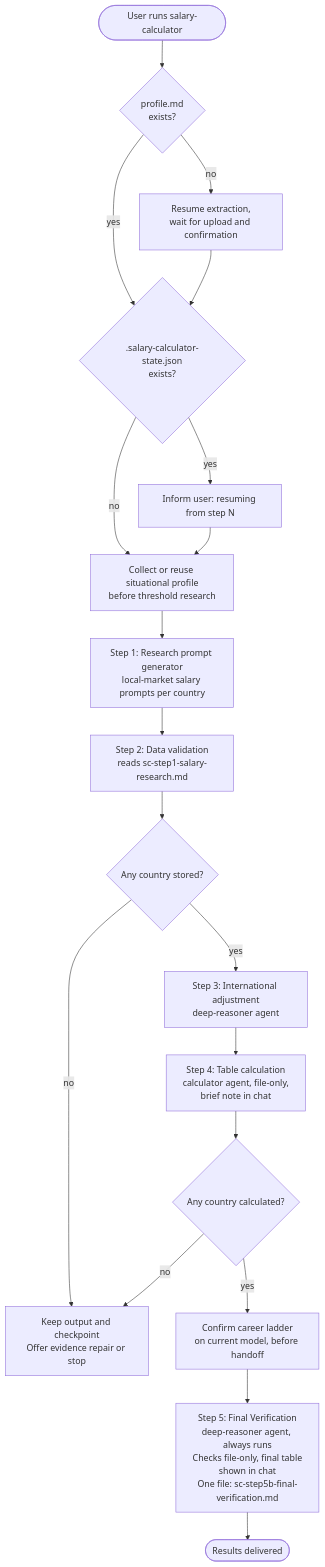
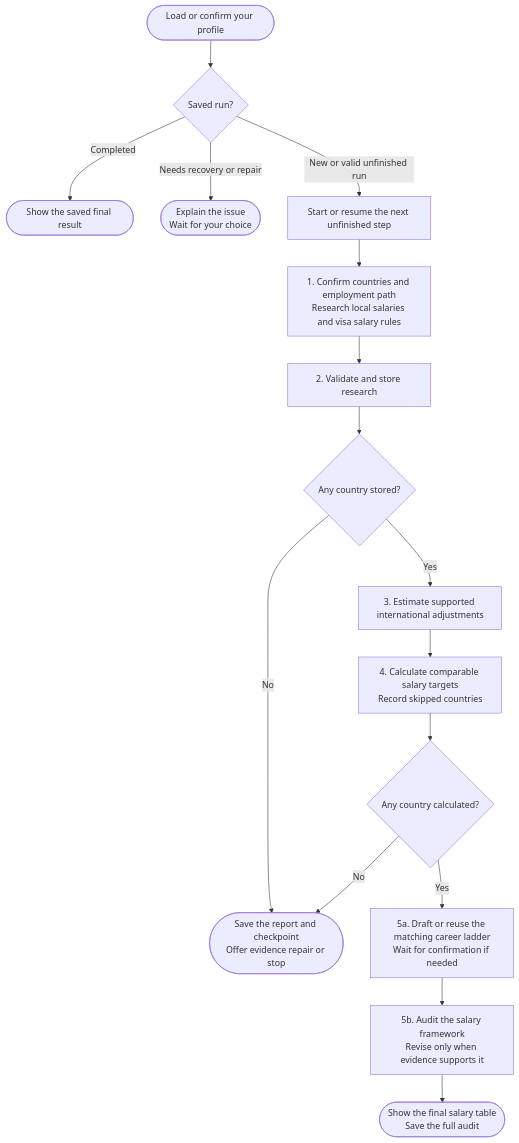
The diagram in docs/commands/salary-calculator.md (myowinthein/agent-compass), drawn with Mermaid before and after one commit. The commit also changed other lines of this file and 17 other files, not shown here.

Commit message:
docs(commands): simplify command guides and flow diagrams

````diff
--- a/docs/commands/salary-calculator.md
+++ b/docs/commands/salary-calculator.md
@@ -34,24 +26,18 @@
 ```mermaid
 flowchart TD
-  Start([User runs salary-calculator]) --> Profile{profile.md\nexists?}
-  Profile -->|no| Extract[Resume extraction,\nwait for upload and confirmation]
-  Profile -->|yes| State
-  Extract --> State
-
-  State{.salary-calculator-state.json\nexists?} -->|yes| Resume[Inform user: resuming from step N]
-  State -->|no| S1prep
-  Resume --> S1prep
-
-  S1prep[Collect or reuse situational profile\nbefore threshold research] --> S1
-  S1[Step 1: Research prompt generator\nlocal-market salary prompts per country] --> S2
-  S2[Step 2: Data validation\nreads sc-step1-salary-research.md] --> Stored{Any country stored?}
-  Stored -->|yes| S3
-  Stored -->|no| Repair[Keep output and checkpoint\nOffer evidence repair or stop]
-  S3[Step 3: International adjustment\ndeep-reasoner agent] --> S4
-  S4[Step 4: Table calculation\ncalculator agent, file-only,\nbrief note in chat] --> Calculated{Any country calculated?}
-  Calculated -->|yes| Ladder
-  Calculated -->|no| Repair
-
-  Ladder[Confirm career ladder\non current model, before handoff] --> S5[Step 5: Final Verification\ndeep-reasoner agent, always runs\nChecks file-only, final table\nshown in chat\nOne file: sc-step5b-final-verification.md]
-  S5 --> Done([Results delivered])
+  Start(["Load or confirm your profile"]) --> Status{"Saved run?"}
+  Status -->|Completed| Replay(["Show the saved final result"])
+  Status -->|Needs recovery or repair| Recover(["Explain the issue<br/>Wait for your choice"])
+  Status -->|New or valid unfinished run| Resume["Start or resume the next unfinished step"]
+  Resume --> S1["1. Confirm countries and employment path<br/>Research local salaries and visa salary rules"]
+  S1 --> S2["2. Validate and store research"]
+  S2 --> Stored{"Any country stored?"}
+  Stored -->|No| Repair(["Save the report and checkpoint<br/>Offer evidence repair or stop"])
+  Stored -->|Yes| S3["3. Estimate supported international adjustments"]
+  S3 --> S4["4. Calculate comparable salary targets<br/>Record skipped countries"]
+  S4 --> Usable{"Any country calculated?"}
+  Usable -->|No| Repair
+  Usable -->|Yes| Ladder["5a. Draft or reuse the matching career ladder<br/>Wait for confirmation if needed"]
+  Ladder --> Audit["5b. Audit the salary framework<br/>Revise only when evidence supports it"]
+  Audit --> End(["Show the final salary table<br/>Save the full audit"])
 ```
````
